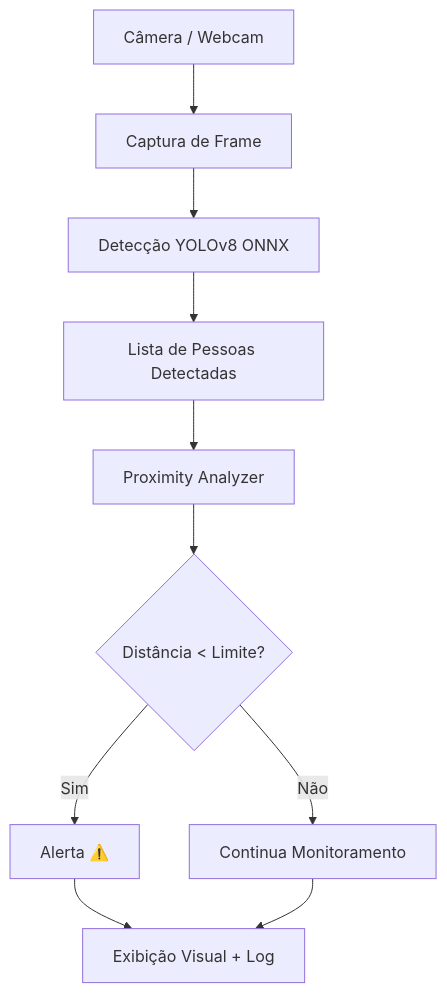
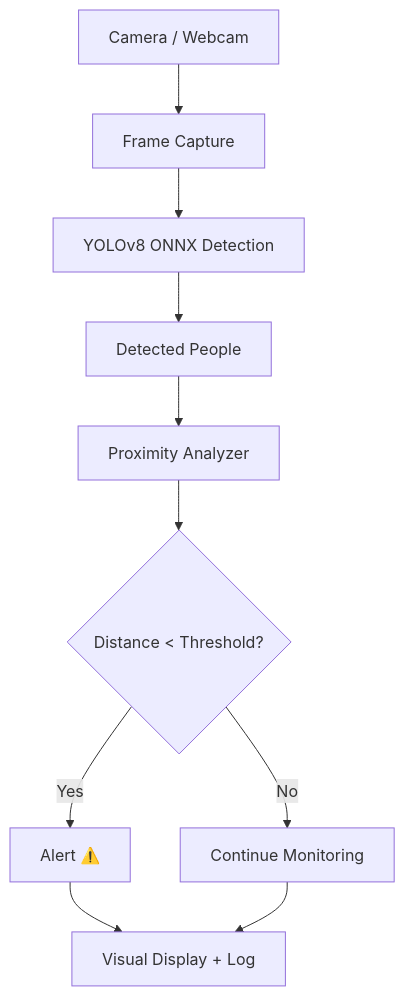
One commit to wilsonsantaluz/SurveillanceAI changed the diagram in readme.md. Above: the diagram before and after it, drawn with Mermaid. The commit also changed other lines of this file and 12 other files, not shown here.

````diff
--- a/readme.md
+++ b/readme.md
@@ -48,12 +48,12 @@
 ```mermaid
 flowchart TD
-    A[Câmera / Webcam] --> B[Captura de Frame]
-    B --> C[Detecção YOLOv8 ONNX]
-    C --> D[Lista de Pessoas Detectadas]
+    A[Camera / Webcam] --> B[Frame Capture]
+    B --> C[YOLOv8 ONNX Detection]
+    C --> D[Detected People]
     D --> E[Proximity Analyzer]
-    E --> F{Distância < Limite?}
-    F -->|Sim| G[Alerta ⚠️]
-    F -->|Não| H[Continua Monitoramento]
-    G --> I[Exibição Visual + Log]
+    E --> F{Distance < Threshold?}
+    F -->|Yes| G[Alert ⚠️]
+    F -->|No| H[Continue Monitoring]
+    G --> I[Visual Display + Log]
     H --> I
 ```
````
